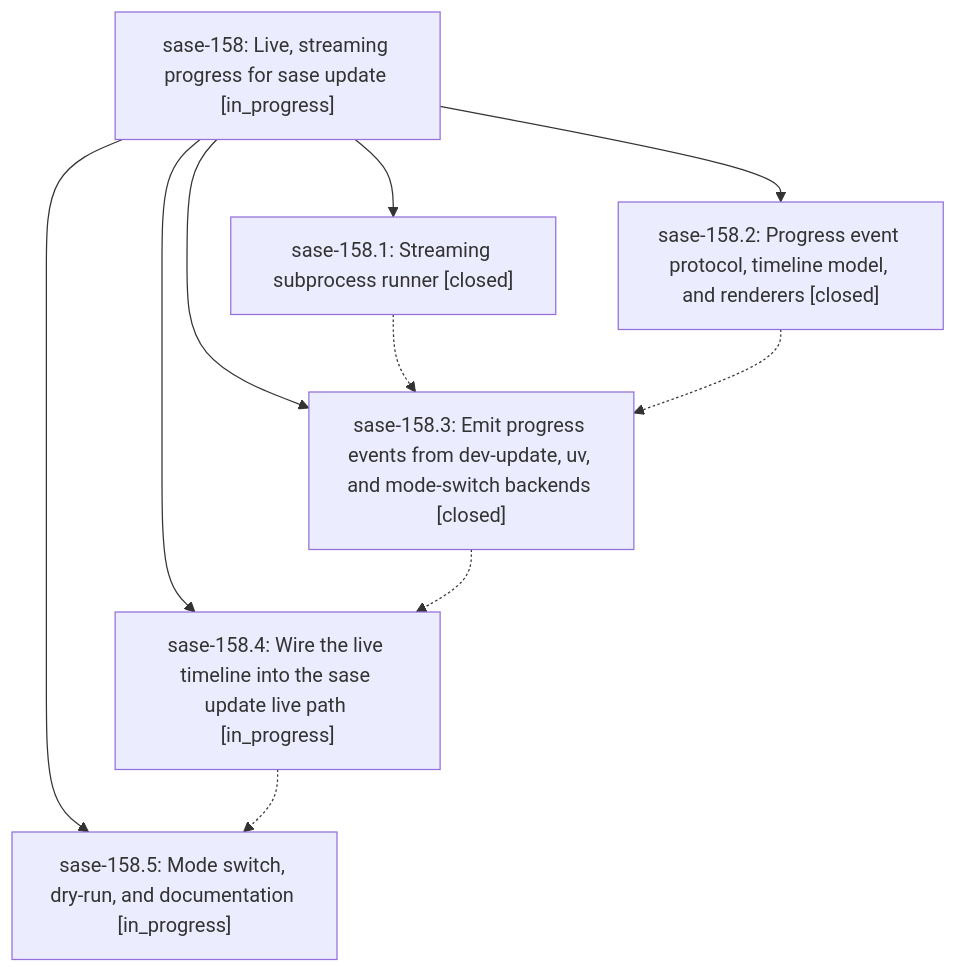
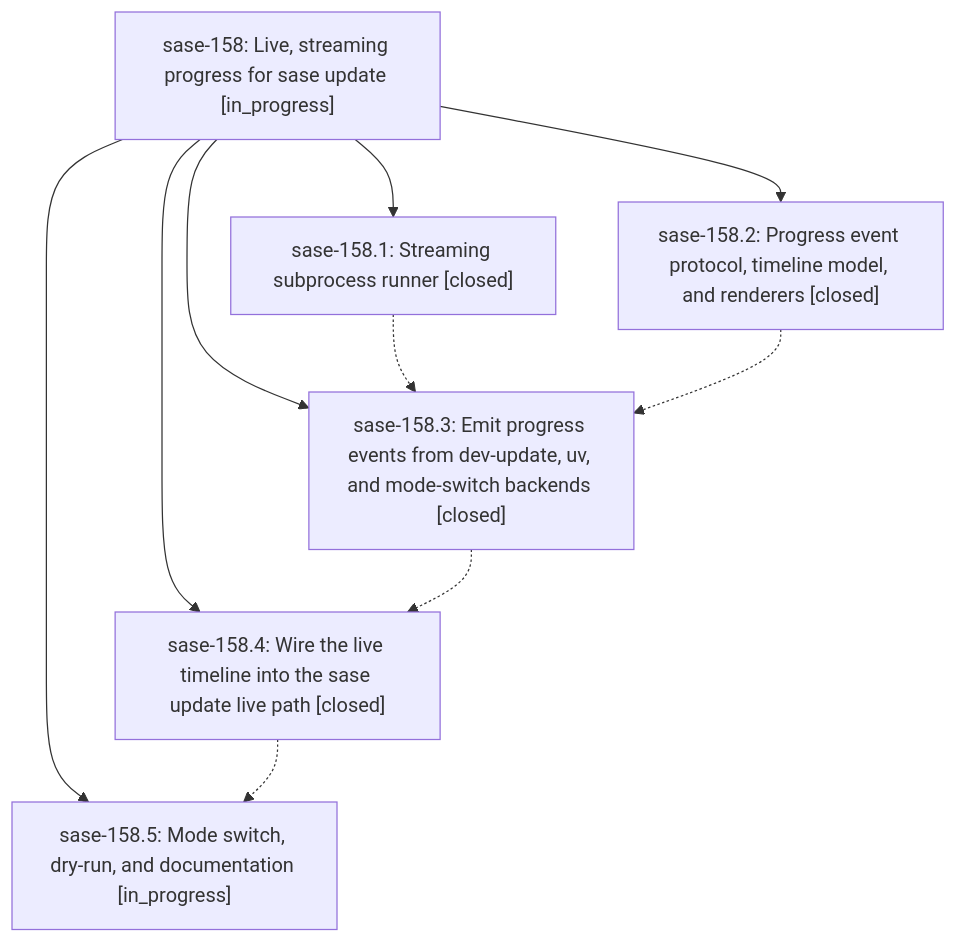
The diagram in pages/sase-158/README.md (sase-org/sase--beads), drawn with Mermaid before and after one commit. The commit also changed other lines of this file and 3 other files, not shown here.

````diff
--- a/pages/sase-158/README.md
+++ b/pages/sase-158/README.md
@@ -38,18 +42,18 @@
 ```mermaid
 flowchart TD
     n0["sase-158: Live, streaming progress for sase update [in_progress]"]
     n1["sase-158.1: Streaming subprocess runner [closed]"]
     n2["sase-158.2: Progress event protocol, timeline model, and renderers [closed]"]
     n3["sase-158.3: Emit progress events from dev-update, uv, and mode-switch backends [closed]"]
-    n4["sase-158.4: Wire the live timeline into the sase update live path [in_progress]"]
+    n4["sase-158.4: Wire the live timeline into the sase update live path [closed]"]
     n5["sase-158.5: Mode switch, dry-run, and documentation [in_progress]"]
     n0 --> n1
     n0 --> n2
     n0 --> n3
     n0 --> n4
     n0 --> n5
     n1 -.-> n3
     n2 -.-> n3
     n3 -.-> n4
     n4 -.-> n5
 ```
````
